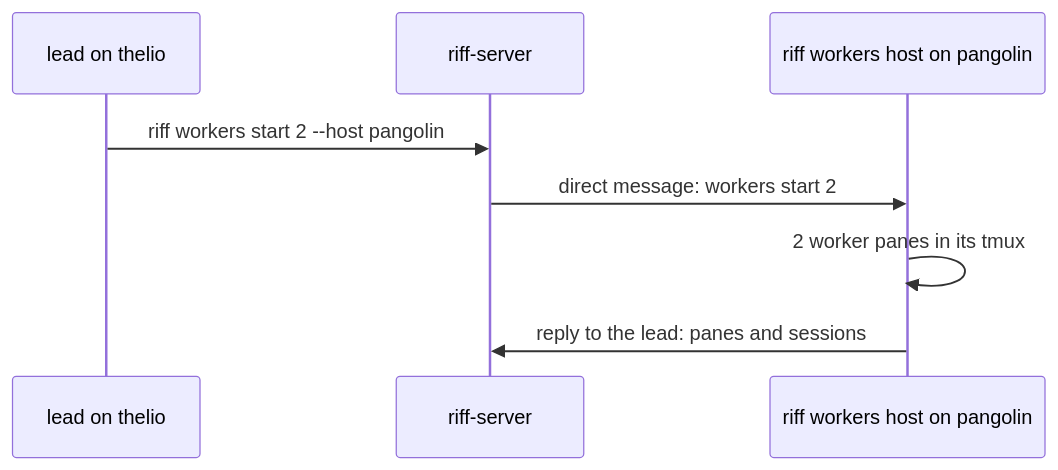
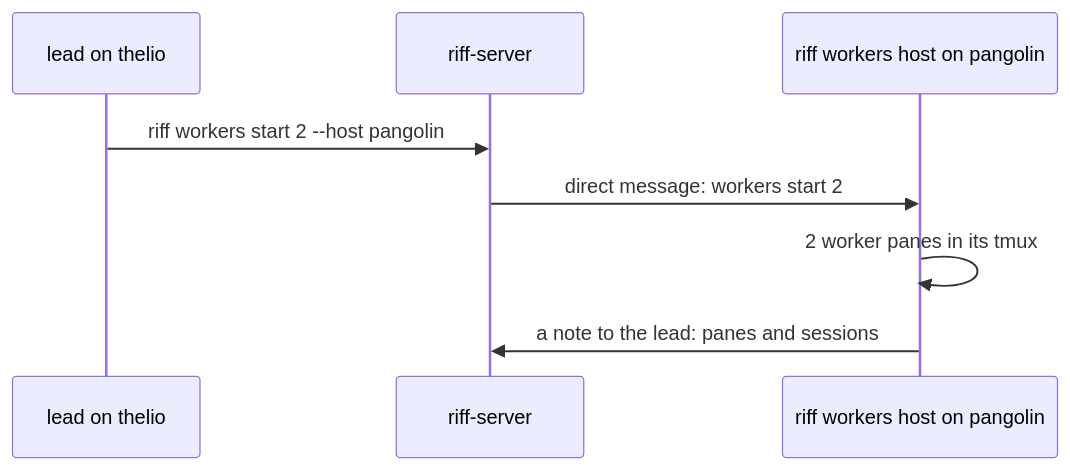
Before and after one commit to como-technologies/riff: diagram 33 of 37 in docs/src/how-it-works.md, drawn with Mermaid. The commit also changed other lines of this file and 16 other files, not shown here.

````diff
--- a/docs/src/how-it-works.md
+++ b/docs/src/how-it-works.md
@@ -2184,10 +2251,10 @@
 ```mermaid
 sequenceDiagram
     participant L as lead on thelio
     participant S as riff-server
     participant H as riff workers host on pangolin
     L->>S: riff workers start 2 --host pangolin
     S->>H: direct message: workers start 2
     H->>H: 2 worker panes in its tmux
-    H->>S: reply to the lead: panes and sessions
+    H->>S: a note to the lead: panes and sessions
 ```
````
